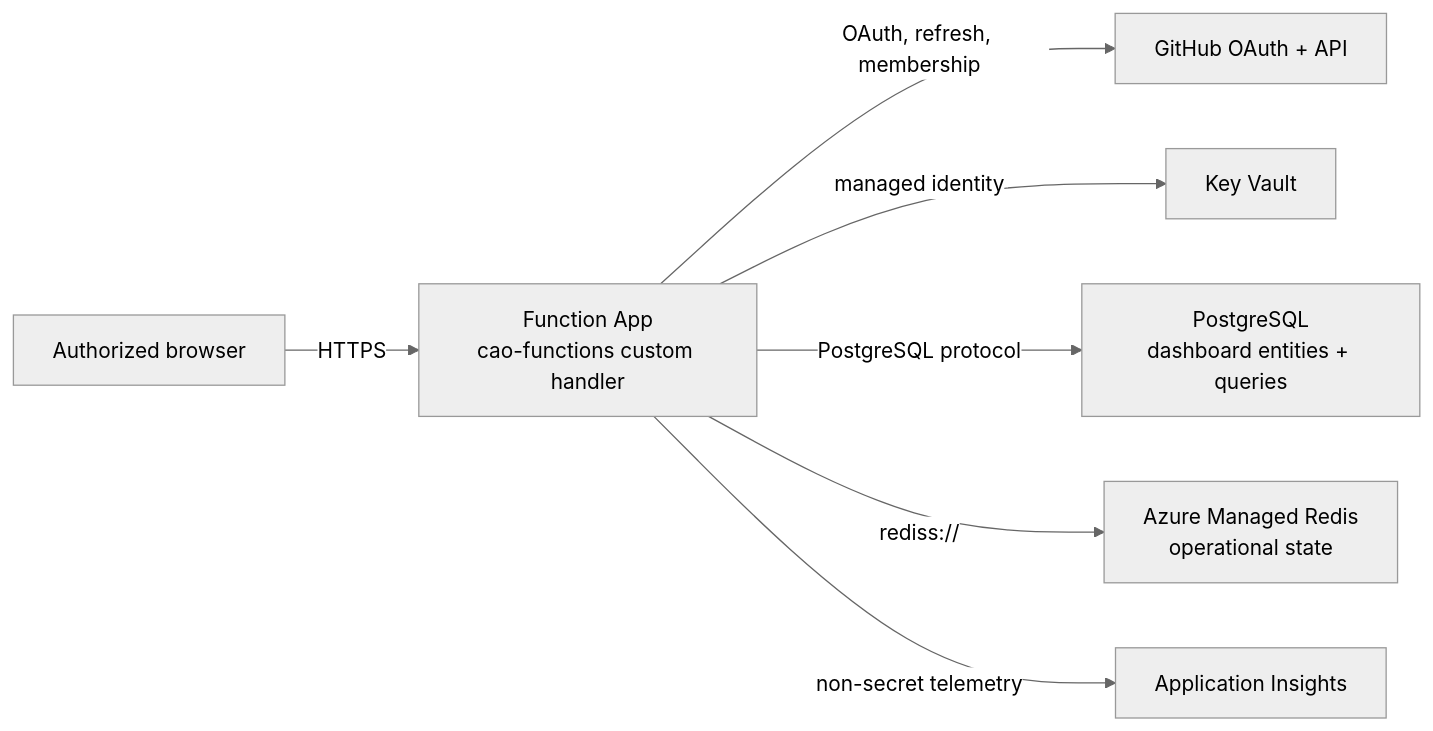
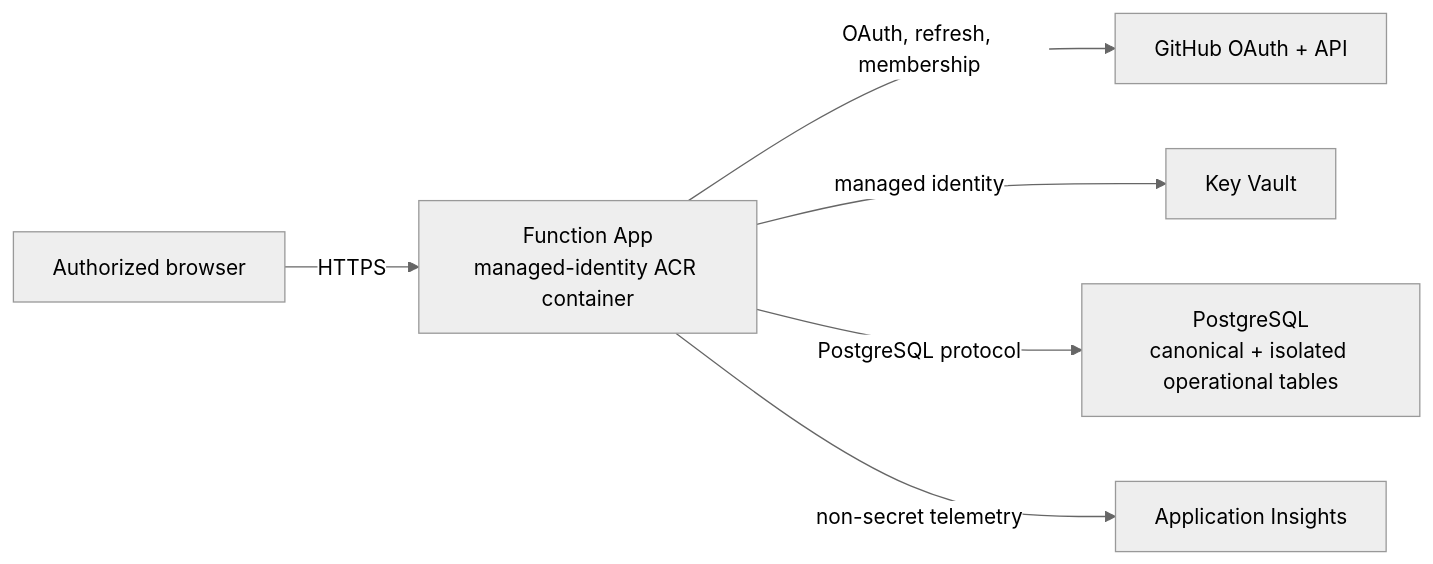
One commit to githubnext/gh-aw-cao changed the diagram in docs/deployment-azure.md. Above: the diagram before and after it, drawn with Mermaid (neutral theme). The commit also changed other lines of this file and 61 other files, not shown here.

First line of the commit message:
Add reviewed fresh Azure deployments to the native CAO CLI

````diff
--- a/docs/deployment-azure.md
+++ b/docs/deployment-azure.md
@@ -19,9 +19,8 @@
 ```mermaid
 flowchart LR
-  Browser["Authorized browser"] -->|"HTTPS"| Function["Function App<br/>cao-functions custom handler"]
+  Browser["Authorized browser"] -->|"HTTPS"| Function["Function App<br/>managed-identity ACR container"]
   Function -->|"OAuth, refresh, membership"| GitHub["GitHub OAuth + API"]
   Function -->|"managed identity"| KeyVault["Key Vault"]
-  Function -->|"PostgreSQL protocol"| Postgres["PostgreSQL<br/>dashboard entities + queries"]
-  Function -->|"rediss://"| Redis["Azure Managed Redis<br/>operational state"]
+  Function -->|"PostgreSQL protocol"| Postgres["PostgreSQL<br/>canonical + isolated operational tables"]
   Function -->|"non-secret telemetry"| Insights["Application Insights"]
 ```
````
